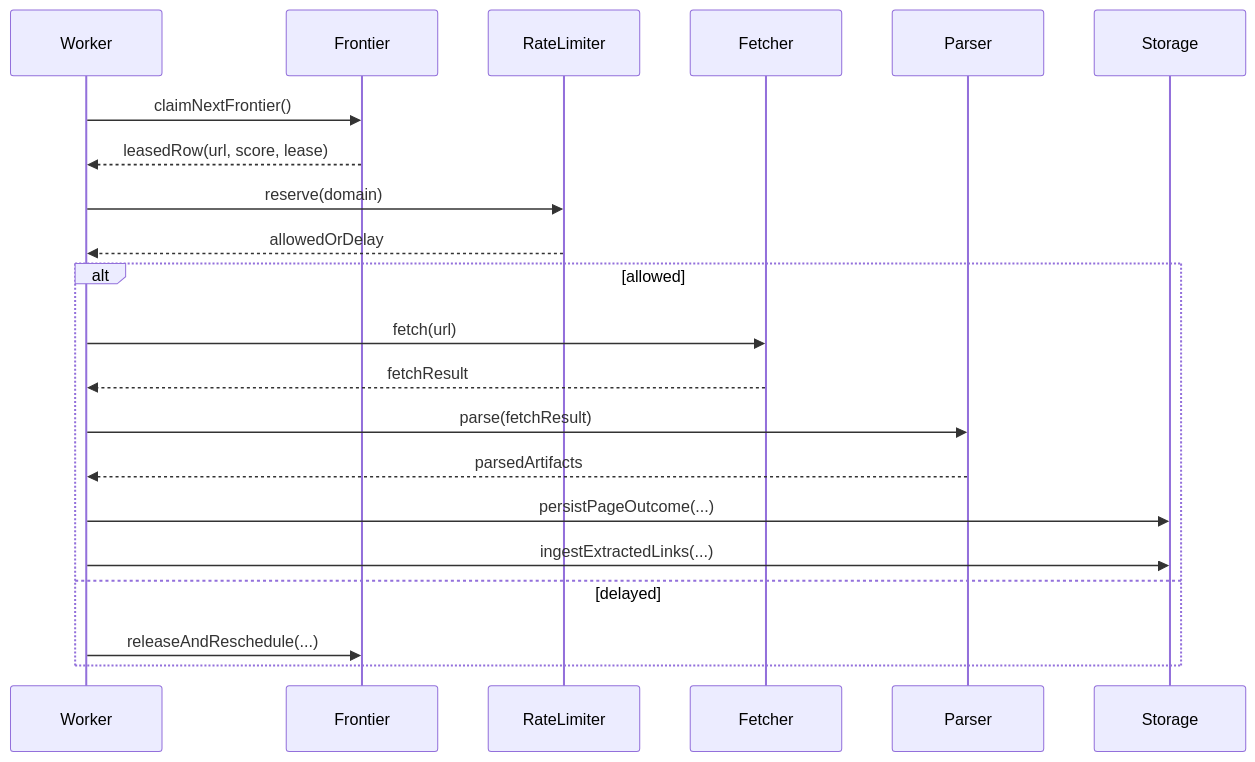
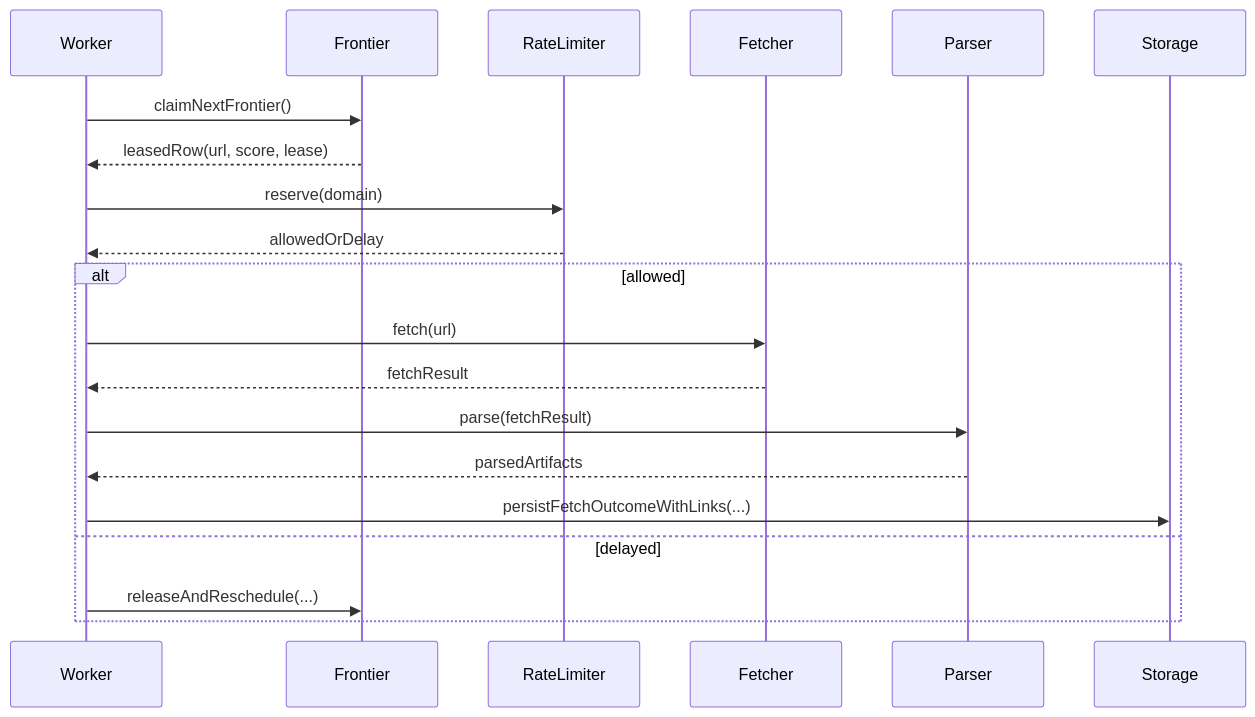
Before and after one commit to tilenl/IEPS-TOLPA-crawler: the diagram in ARCHITECTURE-AND-TECHNICAL-SPECIFICATION/03-system-sequence-and-dataflow.md, drawn with Mermaid. The commit also changed other lines of this file and 14 other files, not shown here.

````diff
--- a/ARCHITECTURE-AND-TECHNICAL-SPECIFICATION/03-system-sequence-and-dataflow.md
+++ b/ARCHITECTURE-AND-TECHNICAL-SPECIFICATION/03-system-sequence-and-dataflow.md
@@ -14,24 +16,23 @@
 ```mermaid
 sequenceDiagram
 participant Worker
 participant Frontier
 participant RateLimiter
 participant Fetcher
 participant Parser
 participant Storage
 
 Worker->>Frontier: claimNextFrontier()
 Frontier-->>Worker: leasedRow(url, score, lease)
 Worker->>RateLimiter: reserve(domain)
 RateLimiter-->>Worker: allowedOrDelay
 alt allowed
   Worker->>Fetcher: fetch(url)
   Fetcher-->>Worker: fetchResult
   Worker->>Parser: parse(fetchResult)
   Parser-->>Worker: parsedArtifacts
-  Worker->>Storage: persistPageOutcome(...)
-  Worker->>Storage: ingestExtractedLinks(...)
+  Worker->>Storage: persistFetchOutcomeWithLinks(...)
 else delayed
   Worker->>Frontier: releaseAndReschedule(...)
 end
 ```
````
